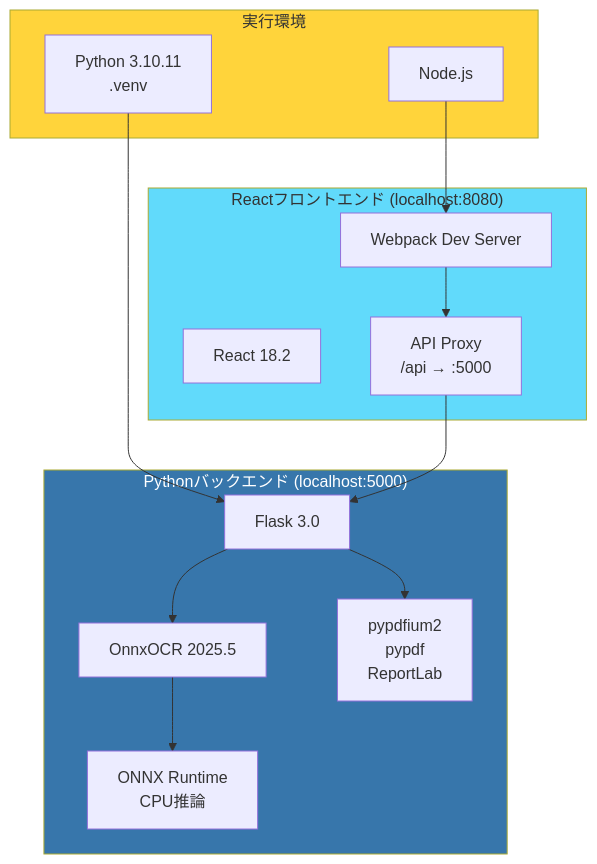
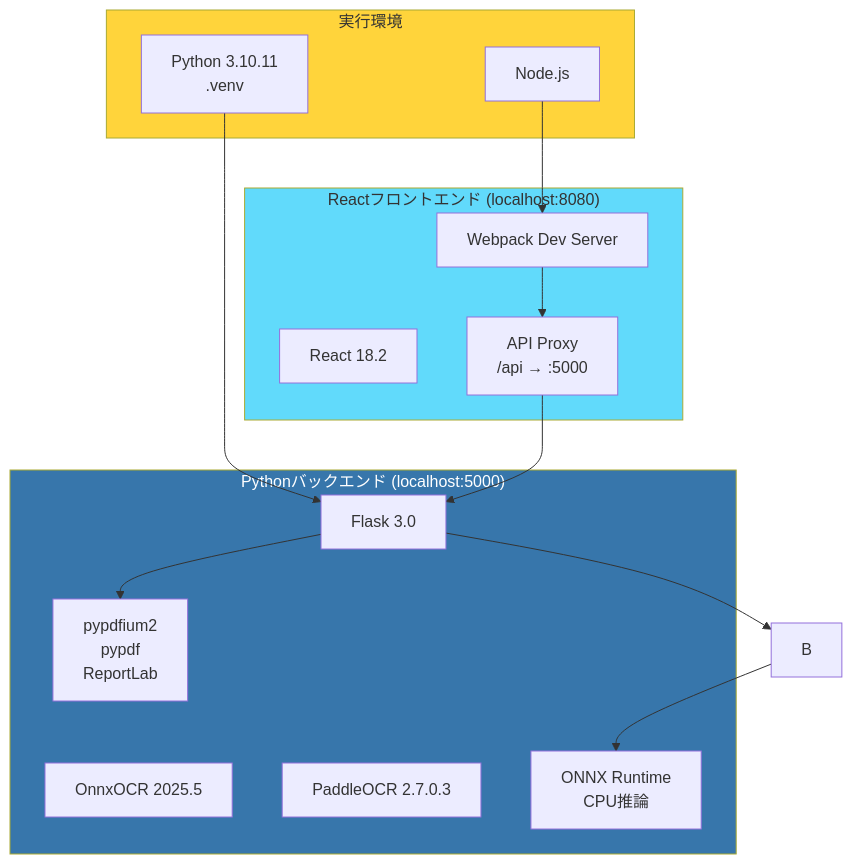
Before and after one commit to J1921604/OCR-PDF-Converter: the second of 8 diagrams in specs/001-OCR-PDF-Converter/plan.md, drawn with Mermaid. The commit also changed other lines of this file and 1 other file, not shown here.

````diff
--- a/specs/001-OCR-PDF-Converter/plan.md
+++ b/specs/001-OCR-PDF-Converter/plan.md
@@ -79,32 +90,33 @@
 ```mermaid
 flowchart TD
     subgraph backend["Pythonバックエンド (localhost:5000)"]
         A[Flask 3.0]
-        B[OnnxOCR 2025.5]
+        B1[OnnxOCR 2025.5]
+        B2[PaddleOCR 2.7.0.3]
         C[pypdfium2<br/>pypdf<br/>ReportLab]
         D[ONNX Runtime<br/>CPU推論]
     end
     
     subgraph frontend["Reactフロントエンド (localhost:8080)"]
         E[React 18.2]
         F[Webpack Dev Server]
         G[API Proxy<br/>/api → :5000]
     end
     
     subgraph env["実行環境"]
         H[Python 3.10.11<br/>.venv]
         I[Node.js]
     end
     
     H --> A
     I --> F
     F --> G
     G --> A
     A --> B
     A --> C
     B --> D
     
     style backend fill:#3776ab,color:#fff
     style frontend fill:#61dafb
     style env fill:#ffd43b
 ```
````
